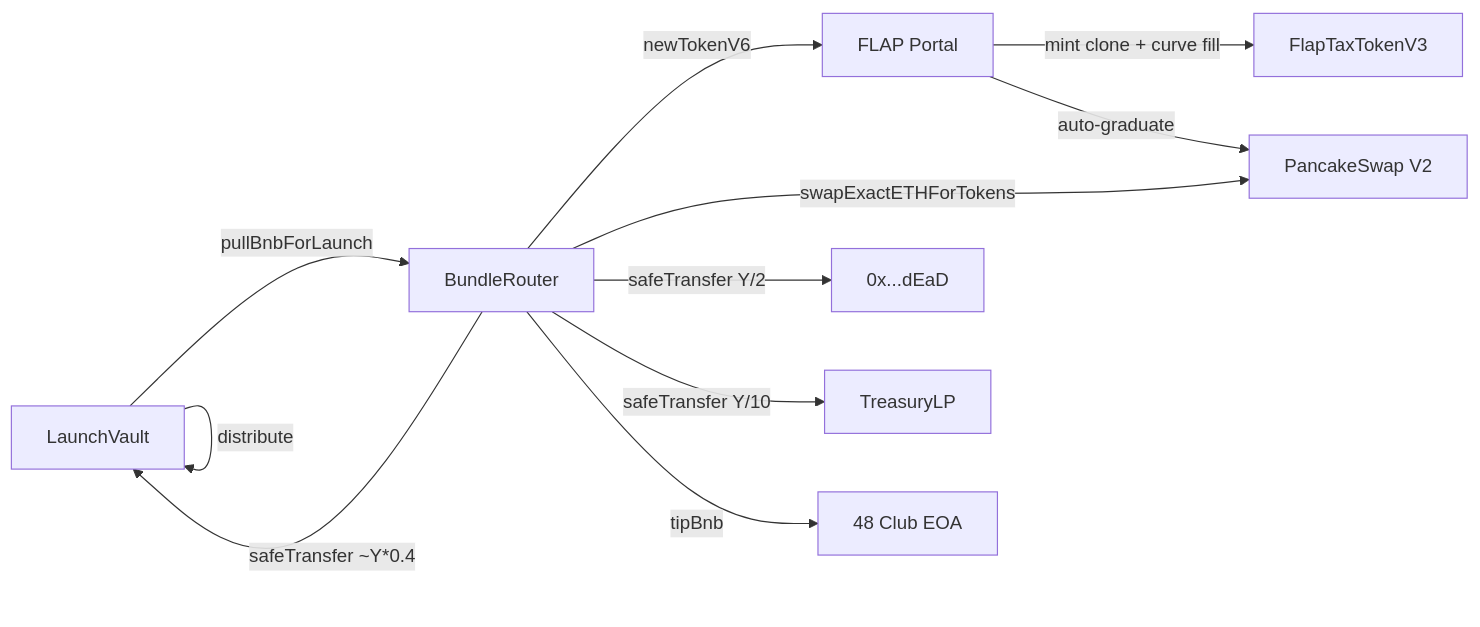
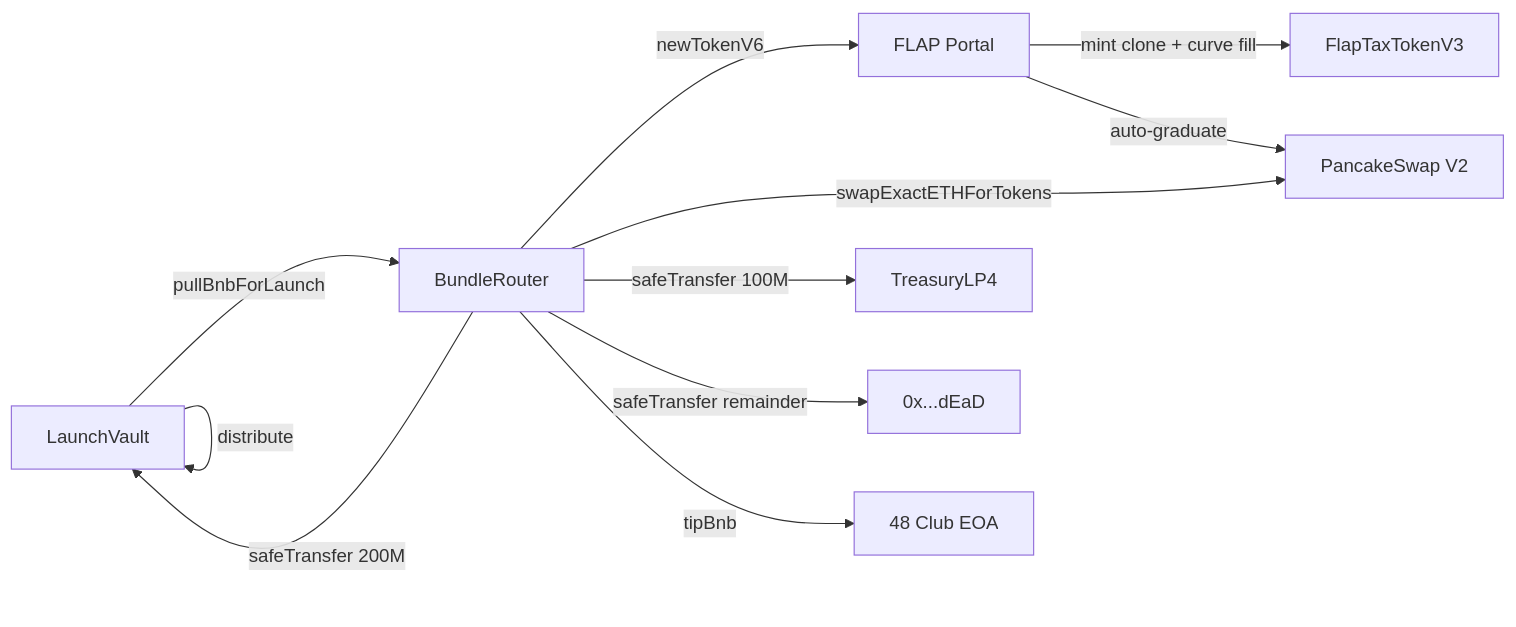
One commit to waifufun/waifu.fun changed the diagram in apps/docs/creators/bundle-architecture.mdx. Above: the diagram before and after it, drawn with Mermaid. The commit also changed other lines of this file and 11 other files, not shown here.

````diff
--- a/apps/docs/creators/bundle-architecture.mdx
+++ b/apps/docs/creators/bundle-architecture.mdx
@@ -12,13 +12,13 @@
 ```mermaid
 flowchart LR
   Vault[LaunchVault] -- pullBnbForLaunch --> Router[BundleRouter]
   Router -- newTokenV6 --> Portal[FLAP Portal]
   Portal -- mint clone + curve fill --> Token[FlapTaxTokenV3]
   Portal -- auto-graduate --> PCS[PancakeSwap V2]
   Router -- swapExactETHForTokens --> PCS
-  Router -- safeTransfer Y/2 --> Burn[0x...dEaD]
-  Router -- safeTransfer Y/10 --> Treasury[TreasuryLP]
-  Router -- safeTransfer ~Y*0.4 --> Vault
+  Router -- safeTransfer 200M --> Vault
+  Router -- safeTransfer 100M --> Treasury[TreasuryLP4]
+  Router -- safeTransfer remainder --> Burn[0x...dEaD]
   Vault -- distribute --> Vault
   Router -- tipBnb --> Tip[48 Club EOA]
 ```
````
